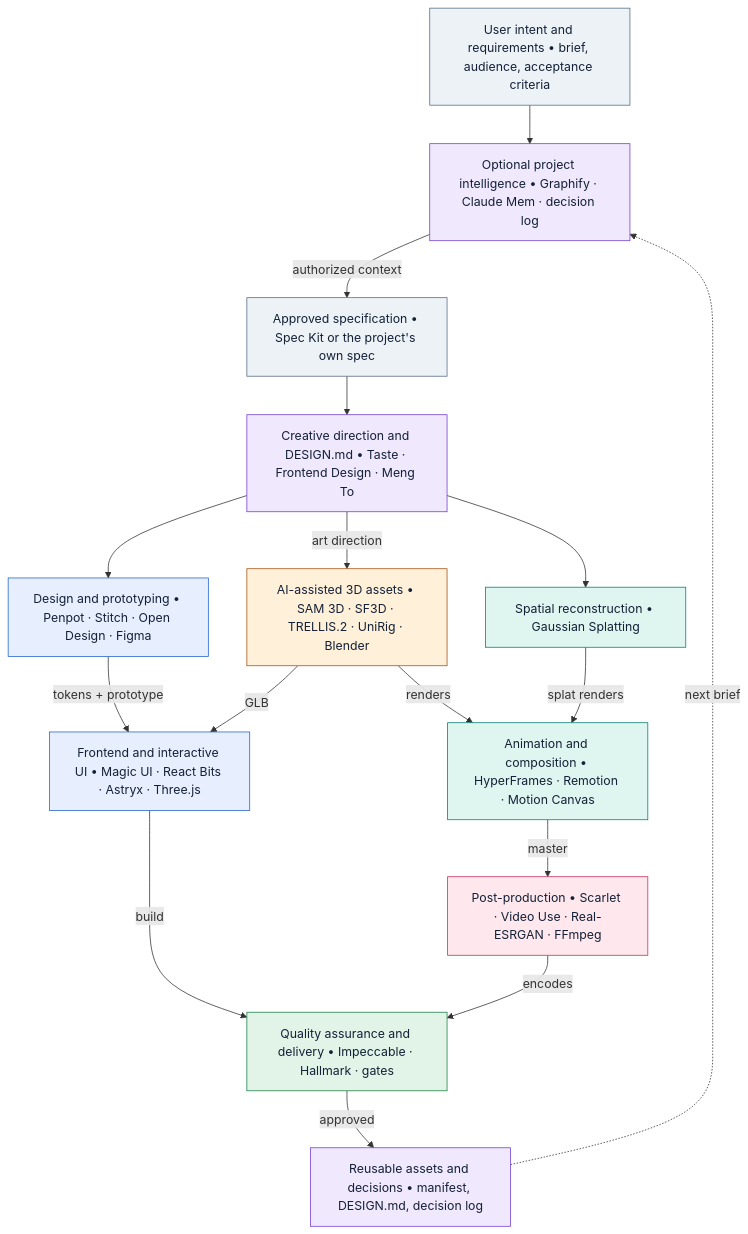
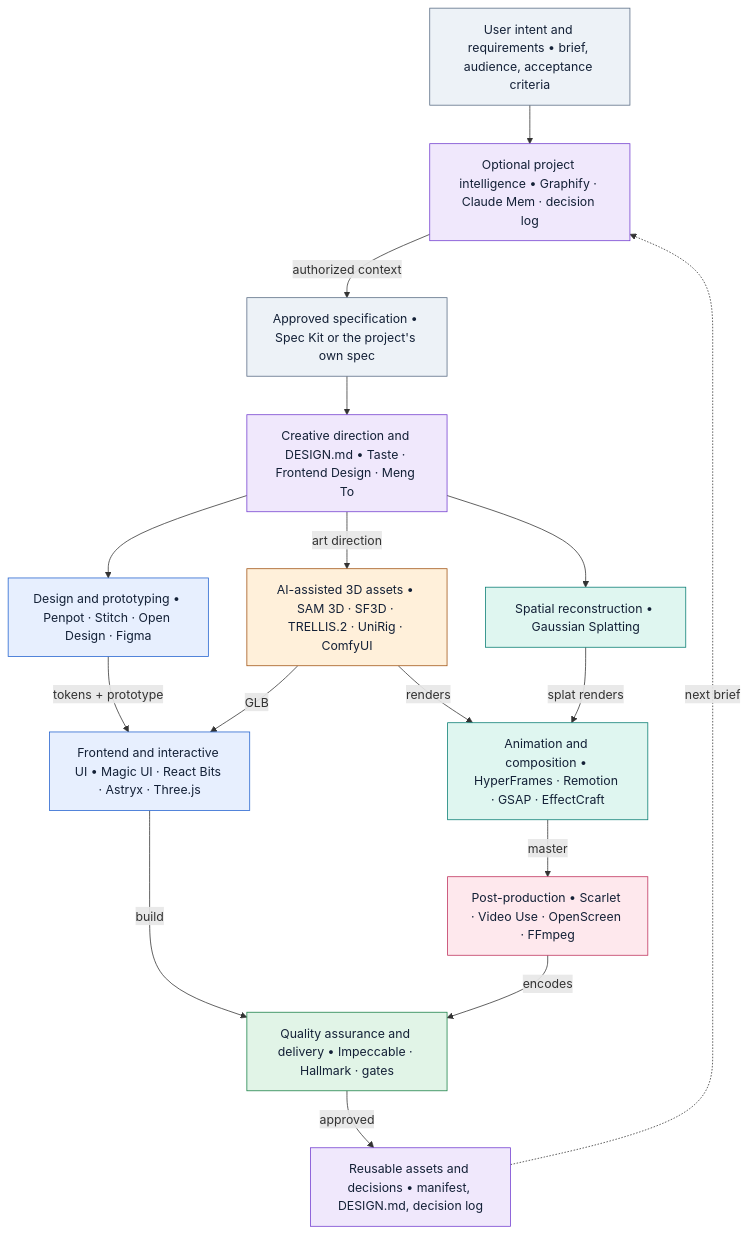
Before and after one commit to interplanetarycriminal/simlish: the diagram in docs/ai-creative-stack/docs/diagrams/creative-architecture.mmd, drawn with Mermaid. The commit also changed 229 other files, not shown here.

First line of the commit message:
Add our own tool kit and nine user-added references (53 total)

```diff
--- a/docs/ai-creative-stack/docs/diagrams/creative-architecture.mmd
+++ b/docs/ai-creative-stack/docs/diagrams/creative-architecture.mmd
@@ -1,45 +1,45 @@
 %% render: auto
 %% title: Master creative engineering architecture
-%% desc: Layers activate only when the brief needs them. Each card names the optional tools for that layer.
+%% desc: Layers activate only when the brief needs them. Cards name optional tools; kit/ has our own versions of most.
 flowchart TD
     A["User intent and requirements • brief, audience, acceptance criteria"]
     B["Optional project intelligence • Graphify · Claude Mem · decision log"]
     C["Approved specification • Spec Kit or the project's own spec"]
     D["Creative direction and DESIGN.md • Taste · Frontend Design · Meng To"]
     E["Design and prototyping • Penpot · Stitch · Open Design · Figma"]
-    G["AI-assisted 3D assets • SAM 3D · SF3D · TRELLIS.2 · UniRig · Blender"]
+    G["AI-assisted 3D assets • SAM 3D · SF3D · TRELLIS.2 · UniRig · ComfyUI"]
     H["Spatial reconstruction • Gaussian Splatting"]
     F["Frontend and interactive UI • Magic UI · React Bits · Astryx · Three.js"]
-    I["Animation and composition • HyperFrames · Remotion · Motion Canvas"]
-    J["Post-production • Scarlet · Video Use · Real-ESRGAN · FFmpeg"]
+    I["Animation and composition • HyperFrames · Remotion · GSAP · EffectCraft"]
+    J["Post-production • Scarlet · Video Use · OpenScreen · FFmpeg"]
     K["Quality assurance and delivery • Impeccable · Hallmark · gates"]
     L["Reusable assets and decisions • manifest, DESIGN.md, decision log"]
     A --> B
     B -->|authorized context| C
     C --> D
     D --> E
     D -->|art direction| G
     D --> H
     E -->|tokens + prototype| F
     G -->|GLB| F
     G -->|renders| I
     H -->|splat renders| I
     F -->|build| K
     I -->|master| J
     J -->|encodes| K
     K -->|approved| L
     L -.->|next brief| B
     class A,C slate
     class B,D,L purple
     class E,F blue
     class G amber
     class H,I teal
     class J rose
     class K green
     classDef slate fill:#edf2f7,stroke:#596b84,color:#142137
     classDef purple fill:#f0e8fc,stroke:#733ed0,color:#142137
     classDef blue fill:#e7effe,stroke:#2363cf,color:#142137
     classDef amber fill:#fff0da,stroke:#a05212,color:#142137
     classDef teal fill:#dff6f0,stroke:#087d73,color:#142137
     classDef rose fill:#fee8ed,stroke:#bf315c,color:#142137
     classDef green fill:#e1f4e7,stroke:#198047,color:#142137
```
